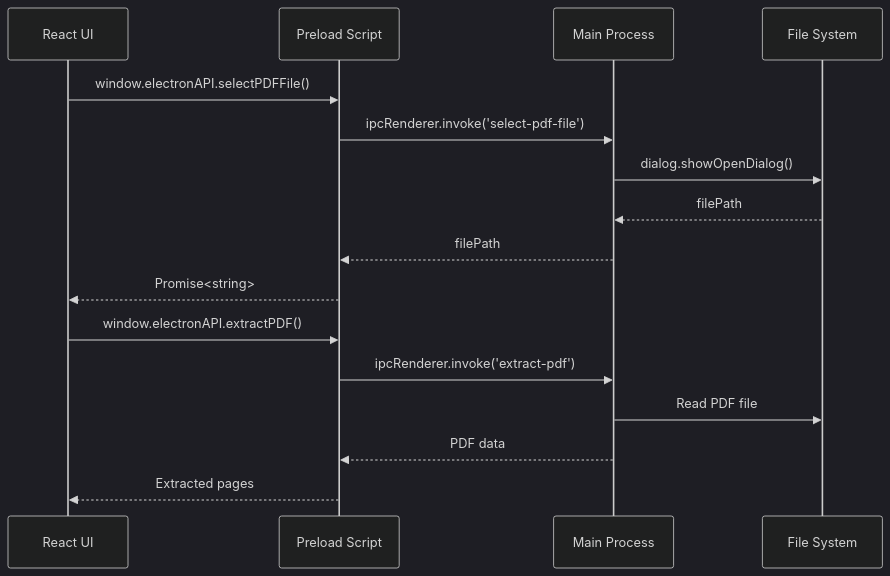
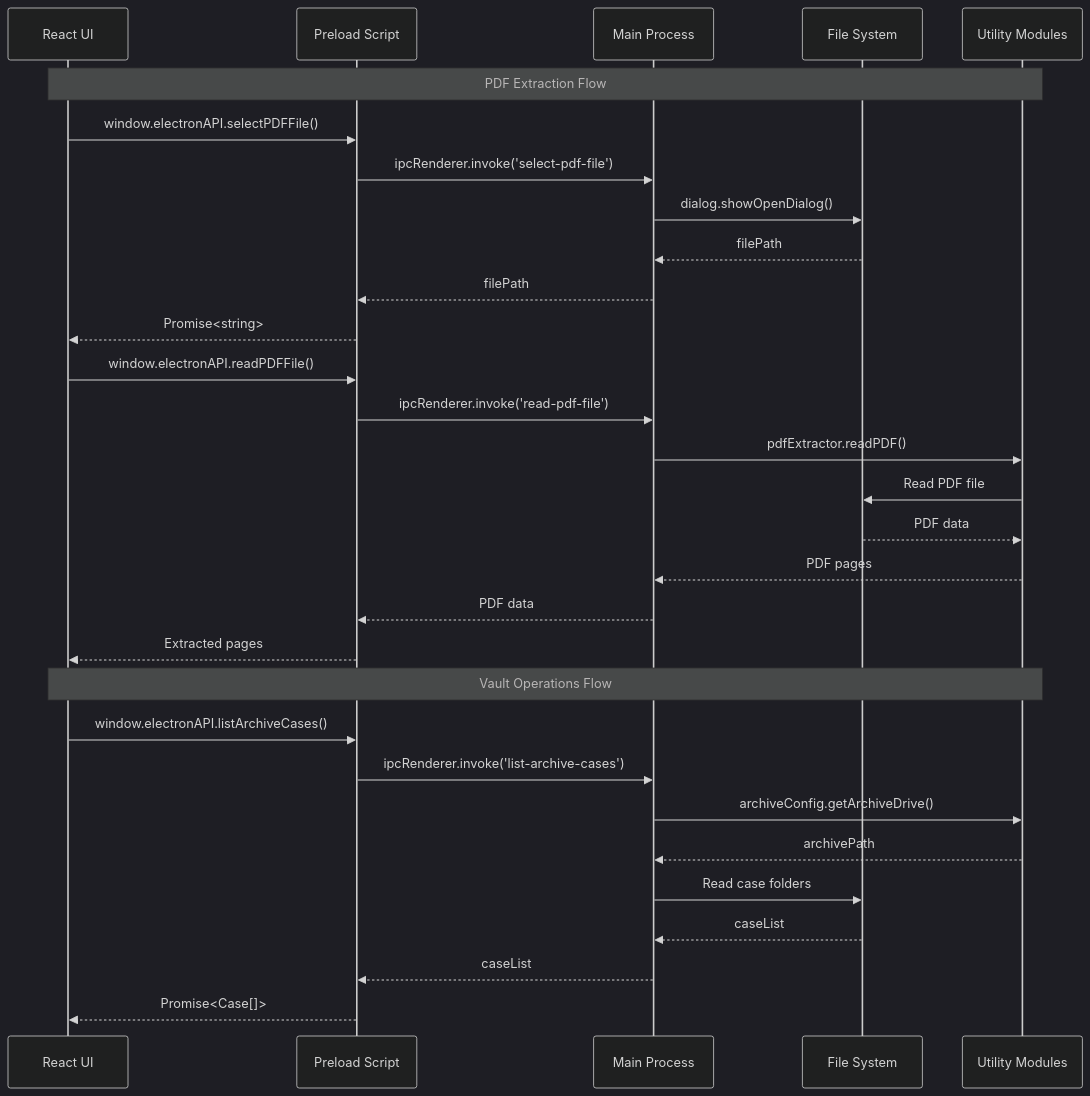
One commit to BridgewareDynamics/Vault changed the second of 3 diagrams in README.md. Above: the diagram before and after it, drawn with Mermaid (dark theme). The commit also changed other lines of this file and 4 other files, not shown here.

````diff
--- a/README.md
+++ b/README.md
@@ -101,20 +117,35 @@
 ```mermaid
 sequenceDiagram
     participant UI as React UI
     participant Preload as Preload Script
     participant Main as Main Process
     participant FS as File System
+    participant Utils as Utility Modules
     
+    Note over UI,Utils: PDF Extraction Flow
     UI->>Preload: window.electronAPI.selectPDFFile()
     Preload->>Main: ipcRenderer.invoke('select-pdf-file')
     Main->>FS: dialog.showOpenDialog()
     FS-->>Main: filePath
     Main-->>Preload: filePath
     Preload-->>UI: Promise<string>
     
-    UI->>Preload: window.electronAPI.extractPDF()
-    Preload->>Main: ipcRenderer.invoke('extract-pdf')
-    Main->>FS: Read PDF file
+    UI->>Preload: window.electronAPI.readPDFFile()
+    Preload->>Main: ipcRenderer.invoke('read-pdf-file')
+    Main->>Utils: pdfExtractor.readPDF()
+    Utils->>FS: Read PDF file
+    FS-->>Utils: PDF data
+    Utils-->>Main: PDF pages
     Main-->>Preload: PDF data
     Preload-->>UI: Extracted pages
+    
+    Note over UI,Utils: Vault Operations Flow
+    UI->>Preload: window.electronAPI.listArchiveCases()
+    Preload->>Main: ipcRenderer.invoke('list-archive-cases')
+    Main->>Utils: archiveConfig.getArchiveDrive()
+    Utils-->>Main: archivePath
+    Main->>FS: Read case folders
+    FS-->>Main: caseList
+    Main-->>Preload: caseList
+    Preload-->>UI: Promise<Case[]>
 ```
````
